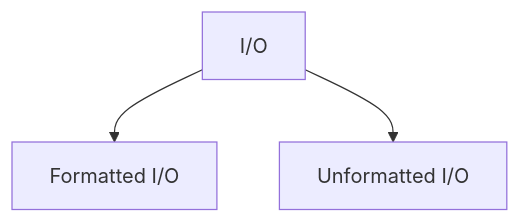
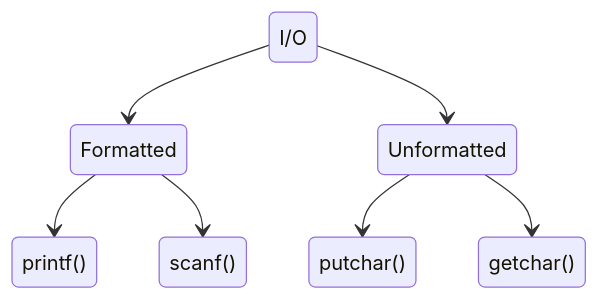
The diagram in DSA Basic and Notes/University/Semester 6/Algorithms/function_recap.md (SubodhShil/DSA-Problem-Solving), drawn with Mermaid before and after one commit.

Commit message:
April 14 (6)

````diff
--- a/DSA Basic and Notes/University/Semester 6/Algorithms/function_recap.md
+++ b/DSA Basic and Notes/University/Semester 6/Algorithms/function_recap.md
@@ -19,5 +19,12 @@
 ```mermaid
-graph TD
-    A[I/O] --> B[Formatted I/O]
-    A[I/O] --> C[Unformatted I/O]
+stateDiagram-v2
+    state if_state
+    I/O --> Formatted
+    I/O --> Unformatted
+    Formatted --> printf()
+    Formatted --> scanf()
+    Unformatted --> putchar()
+    Unformatted --> getchar()
+
+
 ```
````
